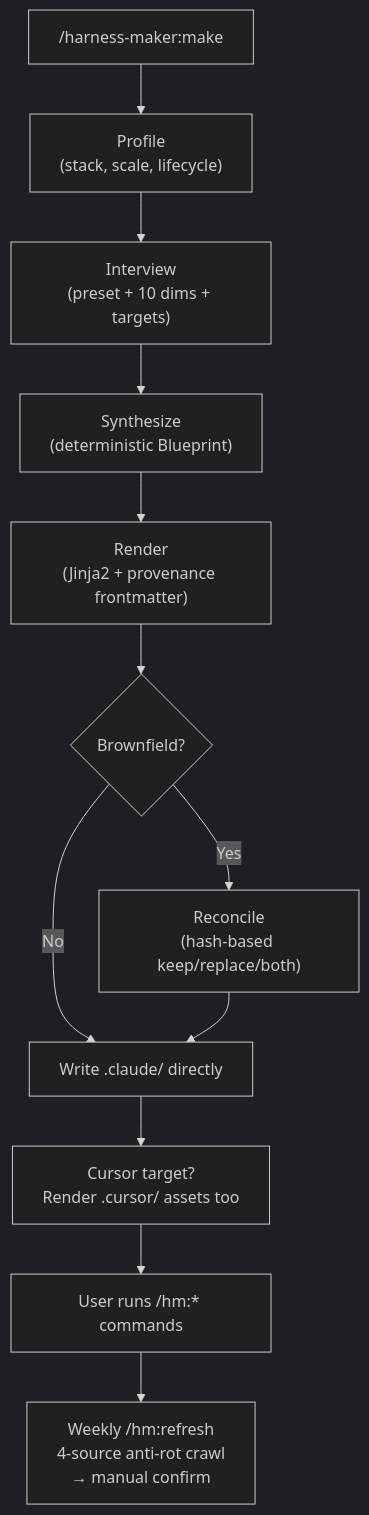
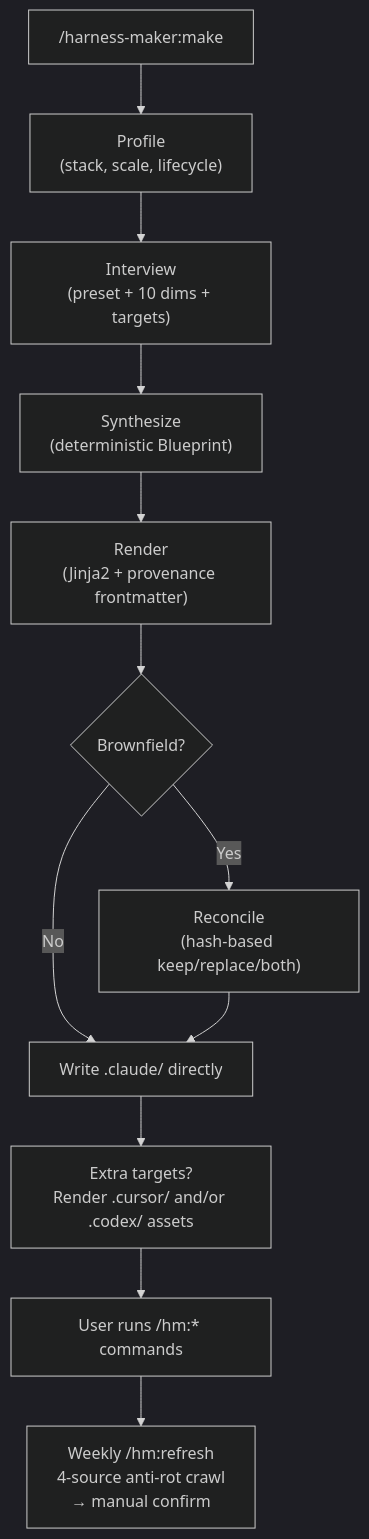
Before and after one commit to Ecro/harness-maker: the diagram in README.md, drawn with Mermaid (dark theme). The commit also changed other lines of this file and 5 other files, not shown here.

````diff
--- a/README.md
+++ b/README.md
@@ -160,14 +161,14 @@
 ```mermaid
 flowchart TD
     A["/harness-maker:make"] --> B["Profile\n(stack, scale, lifecycle)"]
     B --> C["Interview\n(preset + 10 dims + targets)"]
     C --> D["Synthesize\n(deterministic Blueprint)"]
     D --> E["Render\n(Jinja2 + provenance frontmatter)"]
     E --> F{Brownfield?}
     F -- No --> G["Write .claude/ directly"]
     F -- Yes --> H["Reconcile\n(hash-based keep/replace/both)"]
     H --> G
-    G --> I["Cursor target?\nRender .cursor/ assets too"]
+    G --> I["Extra targets?\nRender .cursor/ and/or .codex/ assets"]
     I --> J["User runs /hm:* commands"]
     J --> K["Weekly /hm:refresh\n4-source anti-rot crawl\n→ manual confirm"]
 ```
````
